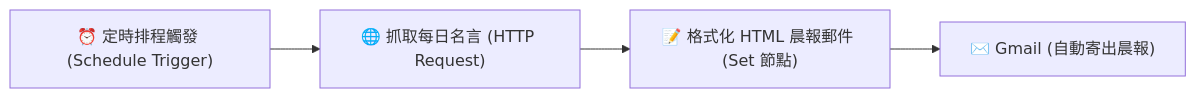
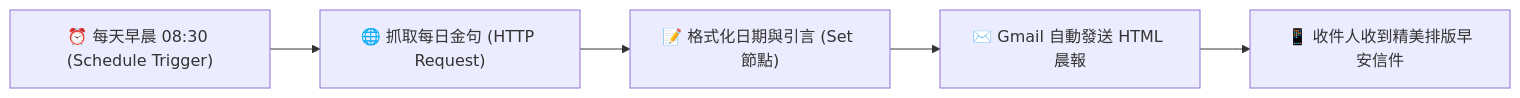
The diagram in Google_Cloud_api服務/自動寄送gmail/README.md (roberthsu2003/n8n), drawn with Mermaid before and after one commit. The commit also changed other lines of this file and 10 other files, not shown here.

````diff
--- a/Google_Cloud_api服務/自動寄送gmail/README.md
+++ b/Google_Cloud_api服務/自動寄送gmail/README.md
@@ -12,6 +12,7 @@
 ```mermaid
 flowchart LR
-    A["⏰ 定時排程觸發 (Schedule Trigger)"] --> B["🌐 抓取每日名言 (HTTP Request)"]
-    B --> C["📝 格式化 HTML 晨報郵件 (Set 節點)"]
-    C --> D["✉️ Gmail (自動寄出晨報)"]
+    A["⏰ 每天早晨 08:30 (Schedule Trigger)"] --> B["🌐 抓取每日金句 (HTTP Request)"]
+    B --> C["📝 格式化日期與引言 (Set 節點)"]
+    C --> D["✉️ Gmail 自動發送 HTML 晨報"]
+    D --> E["📱 收件人收到精美排版早安信件"]
 ```
````
